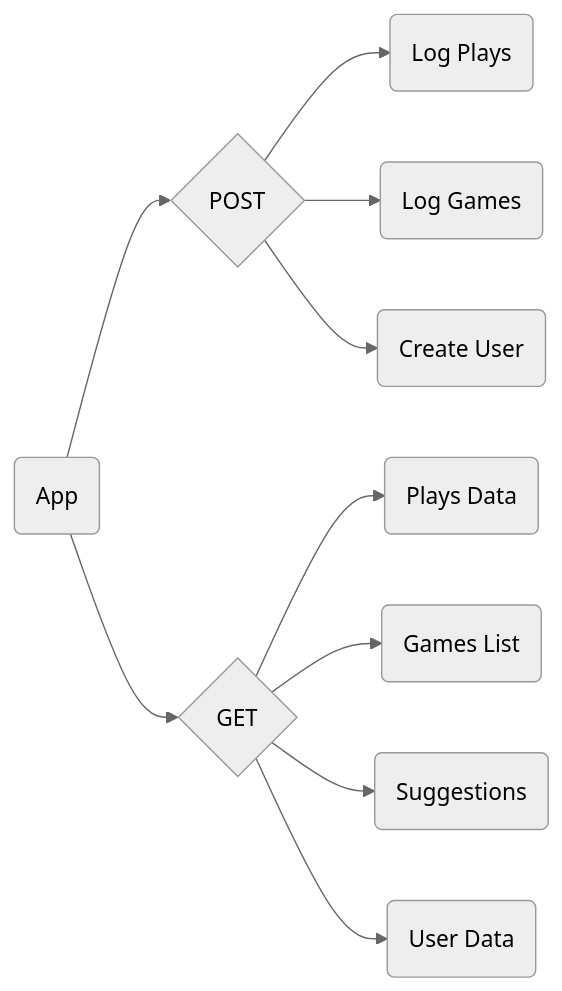
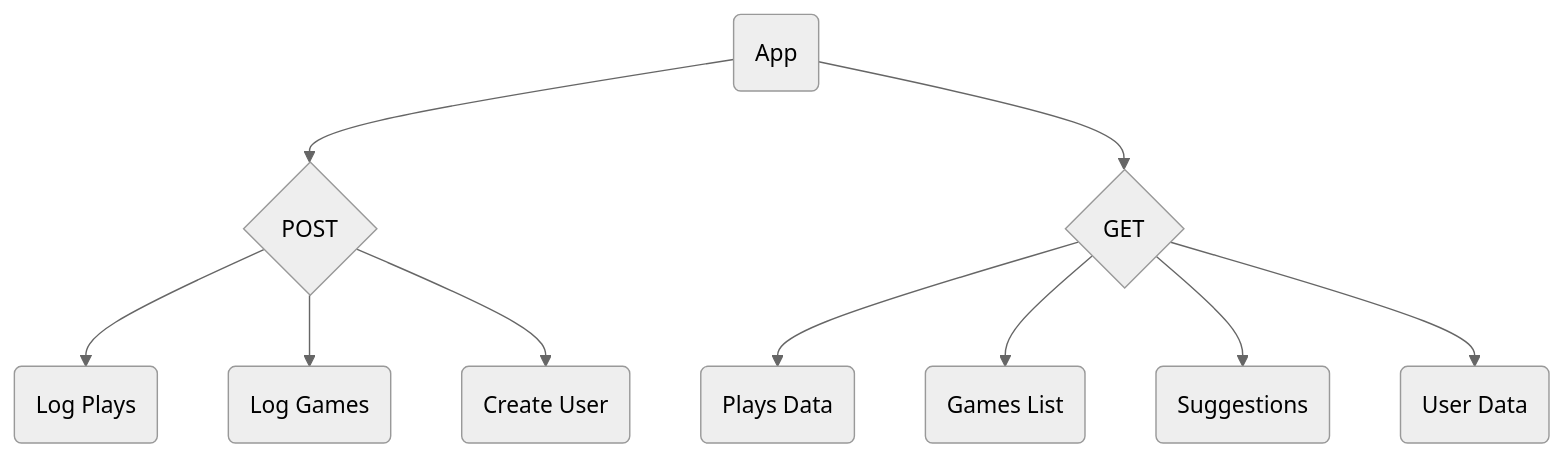
Before and after one commit to OzLocke/gamelogger: the diagram in README.md, drawn with Mermaid (neutral theme). The commit also changed other lines of this file, not shown here.

````diff
--- a/README.md
+++ b/README.md
@@ -4,15 +4,15 @@
 ```mermaid
-graph LR
+graph TD
     B(App)
     B --> C{POST}
     B --> D{GET}
 
     C --> E(Log Plays)
     C --> F(Log Games)
     C --> J(Create User)
 
     D --> G(Plays Data)
     D --> H(Games List)
     D --> I(Suggestions)
     D --> K(User Data)
 ```
````
